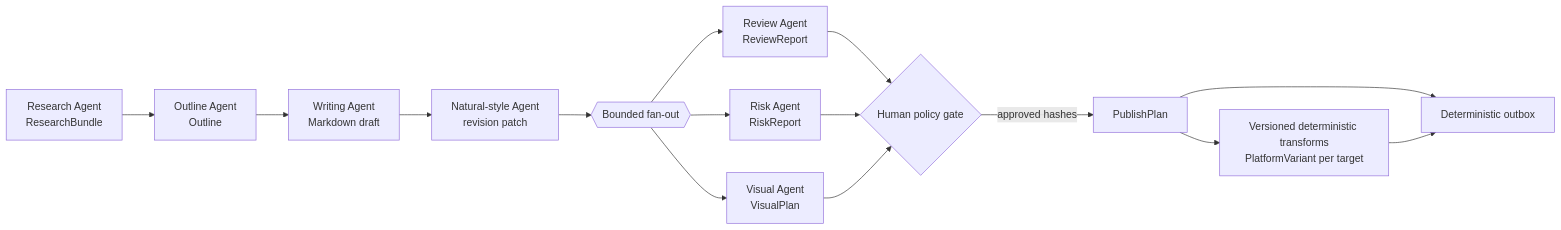
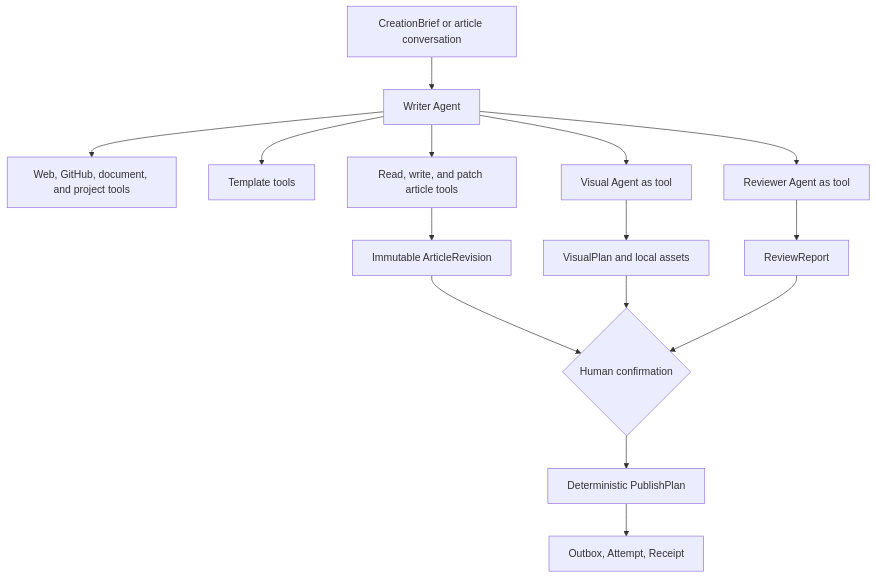
One commit to tllovesxs/open-publisher changed the diagram in docs/architecture/harness-and-agents.md. Above: the diagram before and after it, drawn with Mermaid. The commit also changed other lines of this file and 232 other files, not shown here.

````diff
--- a/docs/architecture/harness-and-agents.md
+++ b/docs/architecture/harness-and-agents.md
@@ -12,17 +12,17 @@
 ```mermaid
-flowchart LR
-    R["Research Agent<br/>ResearchBundle"] --> O["Outline Agent<br/>Outline"]
-    O --> W["Writing Agent<br/>Markdown draft"]
-    W --> N["Natural-style Agent<br/>revision patch"]
-    N --> F{{"Bounded fan-out"}}
-    F --> Q["Review Agent<br/>ReviewReport"]
-    F --> S["Risk Agent<br/>RiskReport"]
-    F --> V["Visual Agent<br/>VisualPlan"]
-    Q --> G{"Human policy gate"}
-    S --> G
-    V --> G
-    G -->|"approved hashes"| P["PublishPlan"]
-    P --> T["Versioned deterministic transforms<br/>PlatformVariant per target"]
-    P --> J["Deterministic outbox"]
-    T --> J
+flowchart TB
+    User["CreationBrief or article conversation"] --> Writer["Writer Agent"]
+    Writer --> Research["Web, GitHub, document, and project tools"]
+    Writer --> Template["Template tools"]
+    Writer --> Article["Read, write, and patch article tools"]
+    Writer --> Visual["Visual Agent as tool"]
+    Writer --> Reviewer["Reviewer Agent as tool"]
+    Article --> Revision["Immutable ArticleRevision"]
+    Visual --> Assets["VisualPlan and local assets"]
+    Reviewer --> Report["ReviewReport"]
+    Revision --> Gate{"Human confirmation"}
+    Assets --> Gate
+    Report --> Gate
+    Gate --> Plan["Deterministic PublishPlan"]
+    Plan --> Outbox["Outbox, Attempt, Receipt"]
 ```
````
